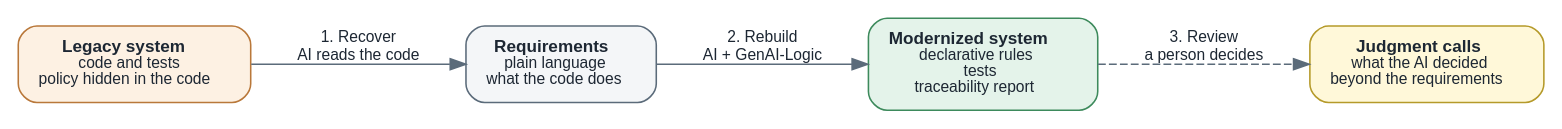
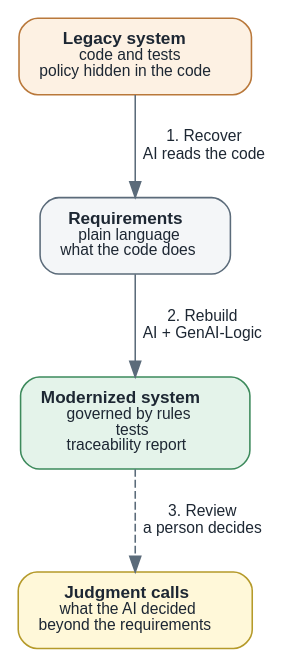
One commit to ApiLogicServer/Docs changed the diagram in docs/images/articles/Modernization/modernization_overview.dot. Above: the diagram before and after it, drawn with Graphviz. The commit also changed 2 other files, not shown here.

Commit message:
vertical diagram

```diff
--- a/docs/images/articles/Modernization/modernization_overview.dot
+++ b/docs/images/articles/Modernization/modernization_overview.dot
@@ -1,14 +1,14 @@
 digraph G {
-  rankdir=LR; nodesep=0.5; ranksep=0.7; bgcolor="white";
+  rankdir=TB; nodesep=0.4; ranksep=0.6; bgcolor="white";
   node [fontname="Helvetica", fontsize=11, shape=box, style="rounded,filled", fillcolor="#f4f6f8", color="#5b6b7a", fontcolor="#1d2733", margin="0.18,0.12"];
   edge [fontname="Helvetica", fontsize=10, color="#5b6b7a", fontcolor="#1d2733"];
 
   leg  [label=<<b>Legacy system</b><br/><font point-size="10">code and tests<br/>policy hidden in the code</font>>, fillcolor="#fdf1e3", color="#b9783a"];
   req  [label=<<b>Requirements</b><br/><font point-size="10">plain language<br/>what the code does</font>>];
-  mod  [label=<<b>Modernized system</b><br/><font point-size="10">declarative rules<br/>tests<br/>traceability report</font>>, fillcolor="#e4f3ea", color="#3d8a5c"];
+  mod  [label=<<b>Modernized system</b><br/><font point-size="10">governed by rules<br/>tests<br/>traceability report</font>>, fillcolor="#e4f3ea", color="#3d8a5c"];
   adl  [label=<<b>Judgment calls</b><br/><font point-size="10">what the AI decided<br/>beyond the requirements</font>>, fillcolor="#fff8d9", color="#b59a2a"];
 
   leg -> req [label=" 1. Recover\n AI reads the code"];
   req -> mod [label=" 2. Rebuild\n AI + GenAI-Logic"];
   mod -> adl [label=" 3. Review\n a person decides", style=dashed];
 }
```
